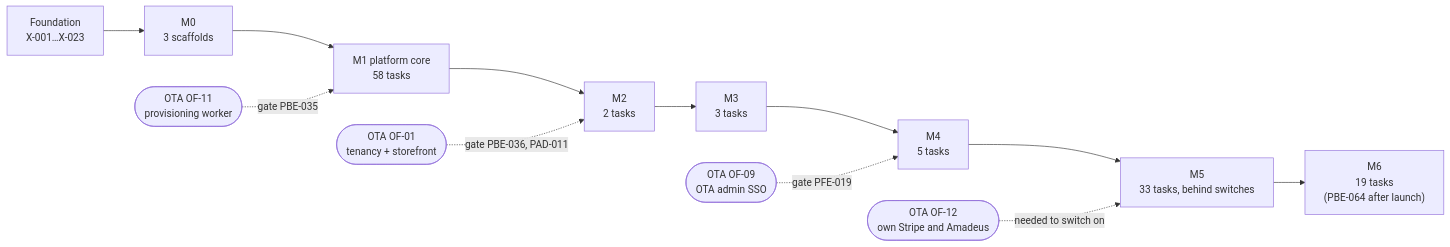
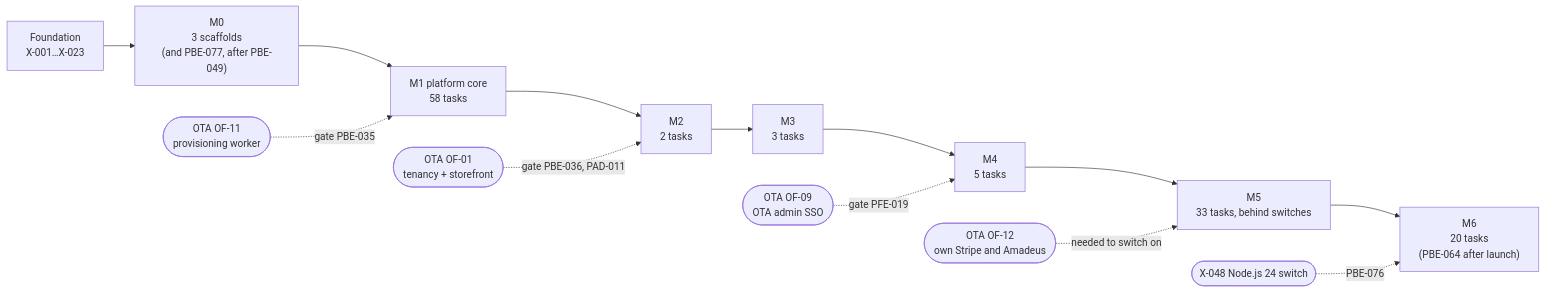
Before and after one commit to bhagwati-prasad/velexis-ota: the diagram in platform/docs/plans/implementation-plan.md, drawn with Mermaid. The commit also changed other lines of this file and 15 other files, not shown here.

````diff
--- a/platform/docs/plans/implementation-plan.md
+++ b/platform/docs/plans/implementation-plan.md
@@ -57,14 +57,15 @@
 ```mermaid
 flowchart LR
-  F["Foundation<br/>X-001…X-023"] --> M0["M0<br/>3 scaffolds"]
+  F["Foundation<br/>X-001…X-023"] --> M0["M0<br/>3 scaffolds<br/>(and PBE-077, after PBE-049)"]
   M0 --> M1["M1 platform core<br/>58 tasks"]
   OF11(["OTA OF-11<br/>provisioning worker"]) -. gate PBE-035 .-> M1
   M1 --> M2["M2<br/>2 tasks"]
   OF01(["OTA OF-01<br/>tenancy + storefront"]) -. gate PBE-036, PAD-011 .-> M2
   M2 --> M3["M3<br/>3 tasks"]
   M3 --> M4["M4<br/>5 tasks"]
   OF09(["OTA OF-09<br/>OTA admin SSO"]) -. gate PFE-019 .-> M4
   M4 --> M5["M5<br/>33 tasks, behind switches"]
   OF12(["OTA OF-12<br/>own Stripe and Amadeus"]) -. needed to switch on .-> M5
-  M5 --> M6["M6<br/>19 tasks<br/>(PBE-064 after launch)"]
+  M5 --> M6["M6<br/>20 tasks<br/>(PBE-064 after launch)"]
+  X48(["X-048 Node.js 24 switch"]) -. PBE-076 .-> M6
 ```
````
